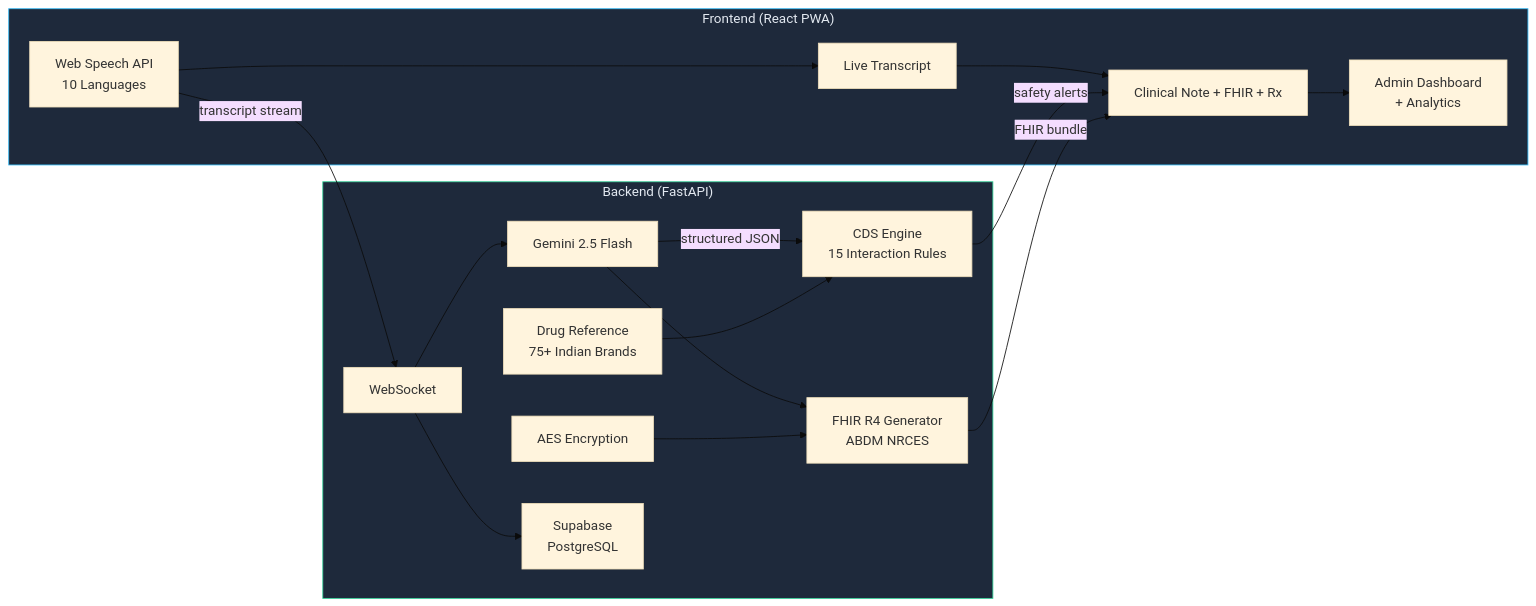
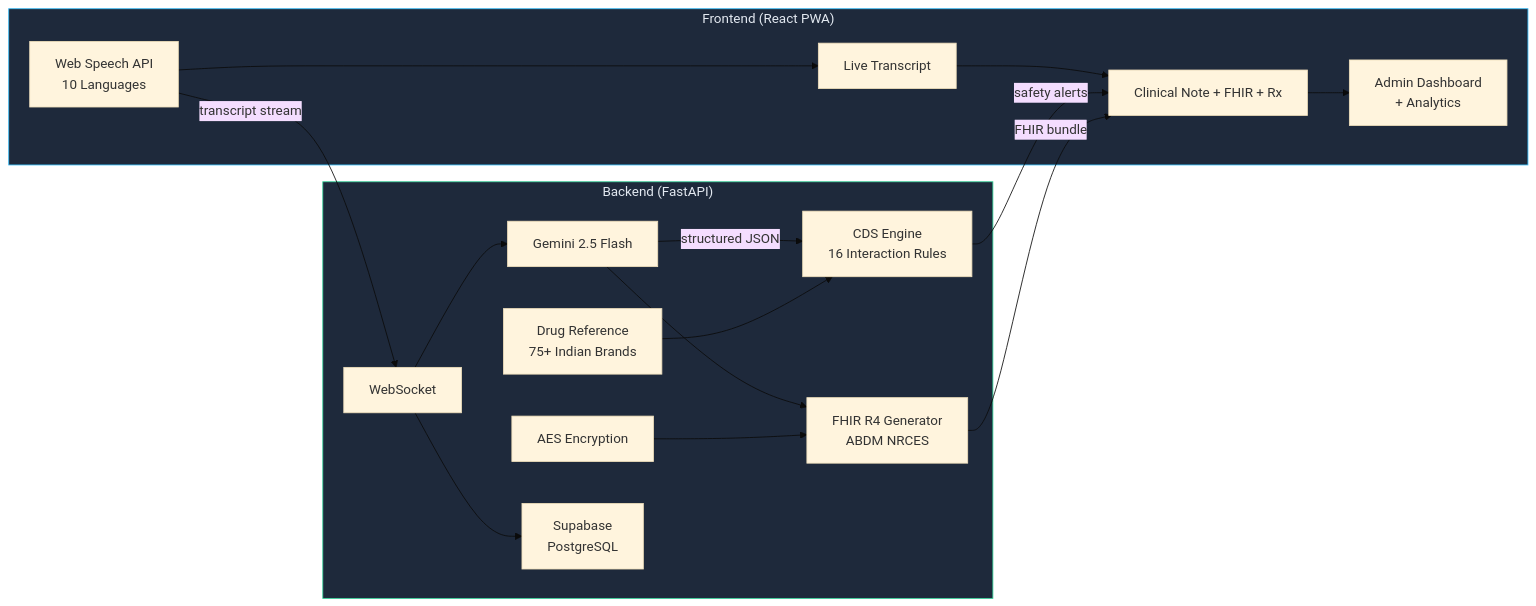
The first of 2 diagrams in README.md (Akasxh/medscribe-ai), drawn with Mermaid (base theme) before and after one commit. The commit also changed other lines of this file, not shown here.

First line of the commit message:
[ polish ]: update README badges — 65 tests, 16 interaction rules

````diff
--- a/README.md
+++ b/README.md
@@ -151,31 +151,31 @@
 ```mermaid
 graph LR
     subgraph Client["Frontend (React PWA)"]
         MIC["Web Speech API<br/>10 Languages"] --> TR[Live Transcript]
         TR --> UI["Clinical Note + FHIR + Rx"]
         UI --> ADMIN["Admin Dashboard<br/>+ Analytics"]
     end
 
     subgraph Server["Backend (FastAPI)"]
         WS[WebSocket]
         GEM["Gemini 2.5 Flash"]
-        CDS["CDS Engine<br/>15 Interaction Rules"]
+        CDS["CDS Engine<br/>16 Interaction Rules"]
         FHIR["FHIR R4 Generator<br/>ABDM NRCES"]
         DRUG["Drug Reference<br/>75+ Indian Brands"]
         ENC["AES Encryption"]
         SUPA["Supabase<br/>PostgreSQL"]
     end
 
     MIC -->|transcript stream| WS
     WS --> GEM
     GEM -->|structured JSON| CDS
     GEM --> FHIR
     CDS -->|safety alerts| UI
     FHIR -->|FHIR bundle| UI
     ENC --> FHIR
     DRUG --> CDS
     WS --> SUPA
 
     style Client fill:#1e293b,stroke:#38bdf8,color:#e2e8f0
     style Server fill:#1e293b,stroke:#34d399,color:#e2e8f0
 ```
````
